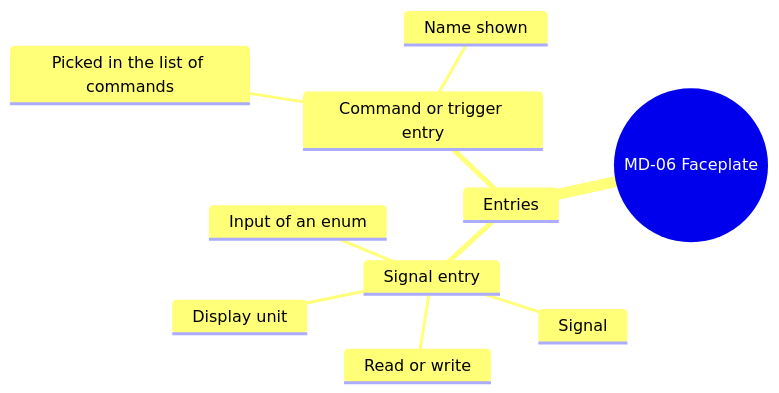
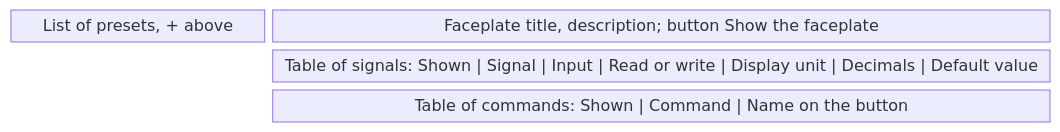
The ninth of 13 diagrams in screens/metadata.md (AlexandreGallais/synoptic-studio-spec), drawn with Mermaid before and after one commit. The commit also changed other lines of this file and 15 other files, not shown here.

First line of the commit message:
docs(spec): merge faceplate into presets and add signal display name

````diff
--- a/screens/metadata.md
+++ b/screens/metadata.md
@@ -264,13 +269,7 @@
 ```mermaid
-mindmap
-  root((MD-06 Faceplate))
-    Entries
-      Signal entry
-        Signal
-        Read or write
-        Display unit
-        Input of an enum
-      Command or trigger entry
-        Picked in the list of commands
-        Name shown
+block-beta
+    columns 4
+    list["List of presets, + above"] head["Faceplate title, description; button Show the faceplate"]:3
+    space signals["Table of signals: Shown | Signal | Input | Read or write | Display unit | Decimals | Default value"]:3
+    space commands["Table of commands: Shown | Command | Name on the button"]:3
 ```
````
